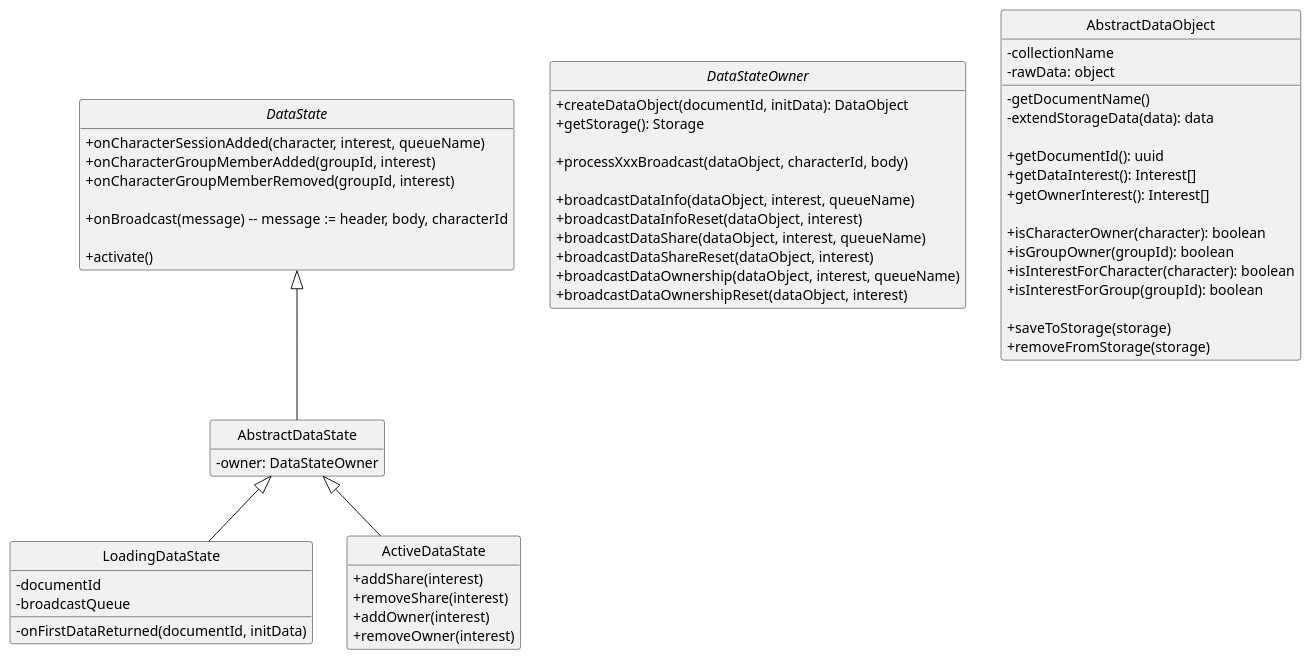
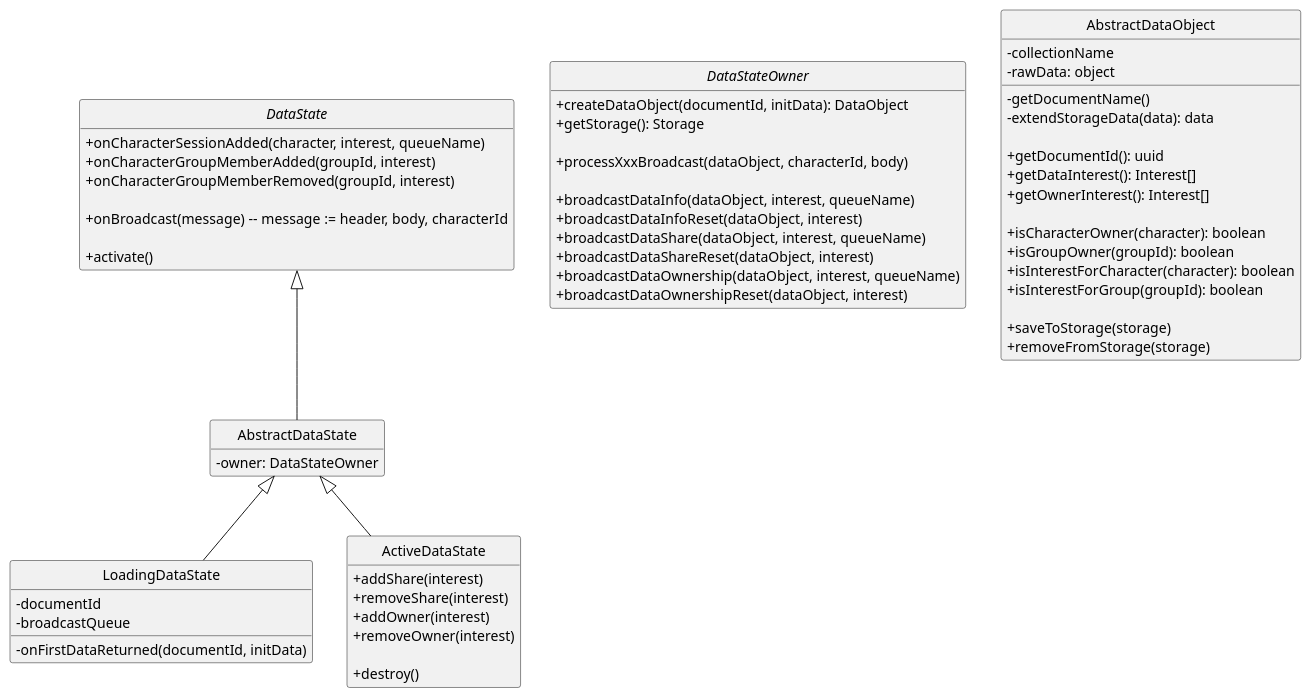
The diagram in eve-upro/design/AbstractSharingComponent.plantuml (dertseha/eve-upro), drawn with PlantUML before and after one commit. The commit also changed 1 other file, not shown here.

Commit message:
#90 added destroy() method to ActiveDataState

```diff
--- a/eve-upro/design/AbstractSharingComponent.plantuml
+++ b/eve-upro/design/AbstractSharingComponent.plantuml
@@ -1,73 +1,75 @@
 @startuml
 skinparam classAttributeIconSize 0
 hide empty members
 hide circle
 
 interface DataState {
  + onCharacterSessionAdded(character, interest, queueName)
  + onCharacterGroupMemberAdded(groupId, interest)
  + onCharacterGroupMemberRemoved(groupId, interest)
  
  + onBroadcast(message) -- message := header, body, characterId
  
  + activate()
 }
 
 class AbstractDataState {
  - owner: DataStateOwner
 }
 
 DataState <|-down- AbstractDataState
 
 class LoadingDataState {
  - documentId
  - broadcastQueue
  
  - onFirstDataReturned(documentId, initData)
 }
 
 class ActiveDataState {
  + addShare(interest)
  + removeShare(interest)
  + addOwner(interest)
  + removeOwner(interest)
+ 
+ + destroy()
 }
 
 AbstractDataState <|-down- LoadingDataState
 AbstractDataState <|-down- ActiveDataState
 
 interface DataStateOwner {
  + createDataObject(documentId, initData): DataObject
  + getStorage(): Storage
 
  + processXxxBroadcast(dataObject, characterId, body)
  
  + broadcastDataInfo(dataObject, interest, queueName)
  + broadcastDataInfoReset(dataObject, interest)
  + broadcastDataShare(dataObject, interest, queueName)
  + broadcastDataShareReset(dataObject, interest)
  + broadcastDataOwnership(dataObject, interest, queueName)
  + broadcastDataOwnershipReset(dataObject, interest)
 }
 
 class AbstractDataObject {
  - collectionName
  - rawData: object
  
  - getDocumentName()
  - extendStorageData(data): data
  
  + getDocumentId(): uuid
  + getDataInterest(): Interest[]
  + getOwnerInterest(): Interest[]
 
  + isCharacterOwner(character): boolean
  + isGroupOwner(groupId): boolean
  + isInterestForCharacter(character): boolean
  + isInterestForGroup(groupId): boolean
 
  + saveToStorage(storage)
  + removeFromStorage(storage) 
 }
 
 @enduml
```
